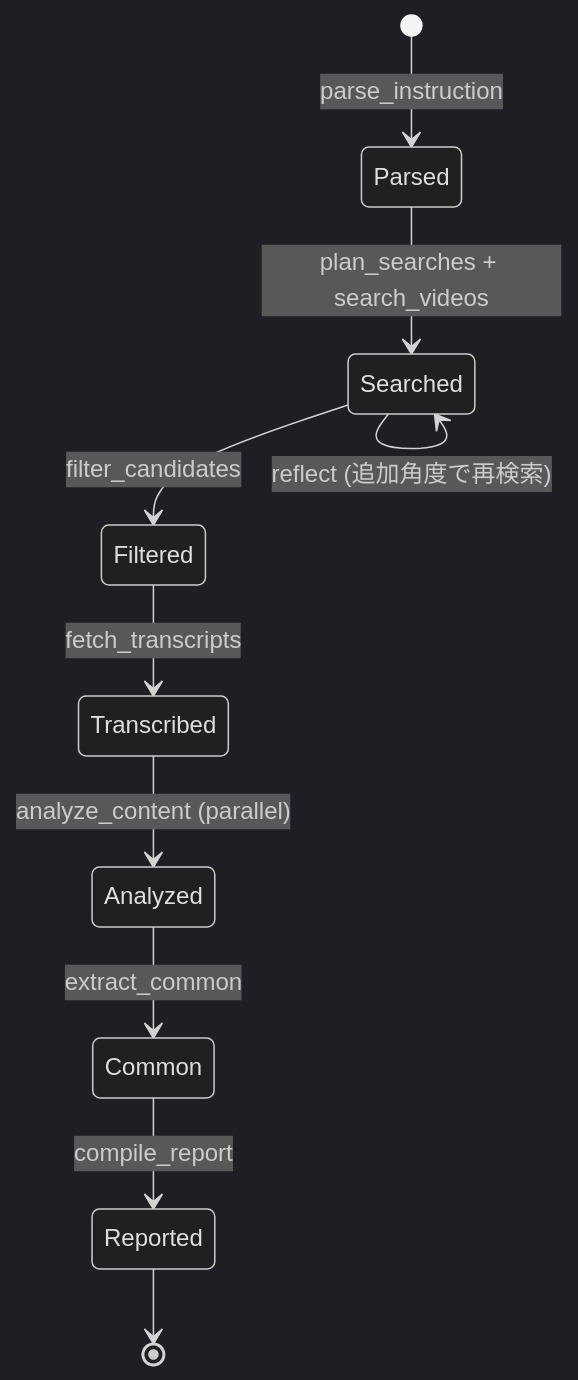
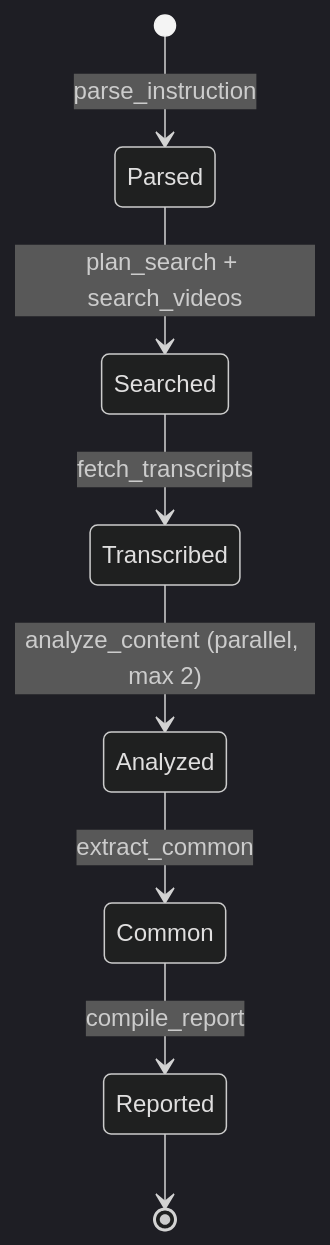
The second of 2 diagrams in specs/002-youtube-trend-researcher/data-model.md (DMARU9/BLOG-TOOLS), drawn with Mermaid (dark theme) before and after one commit. The commit also changed other lines of this file and 8 other files, not shown here.

````diff
--- a/specs/002-youtube-trend-researcher/data-model.md
+++ b/specs/002-youtube-trend-researcher/data-model.md
@@ -113,12 +102,10 @@
 ```mermaid
 stateDiagram-v2
     [*] --> Parsed: parse_instruction
-    Parsed --> Searched: plan_searches + search_videos
-    Searched --> Filtered: filter_candidates
-    Filtered --> Transcribed: fetch_transcripts
-    Transcribed --> Analyzed: analyze_content (parallel)
+    Parsed --> Searched: plan_search + search_videos
+    Searched --> Transcribed: fetch_transcripts
+    Transcribed --> Analyzed: analyze_content (parallel, max 2)
     Analyzed --> Common: extract_common
     Common --> Reported: compile_report
     Reported --> [*]
-    Searched --> Searched: reflect (追加角度で再検索)
 ```
````
